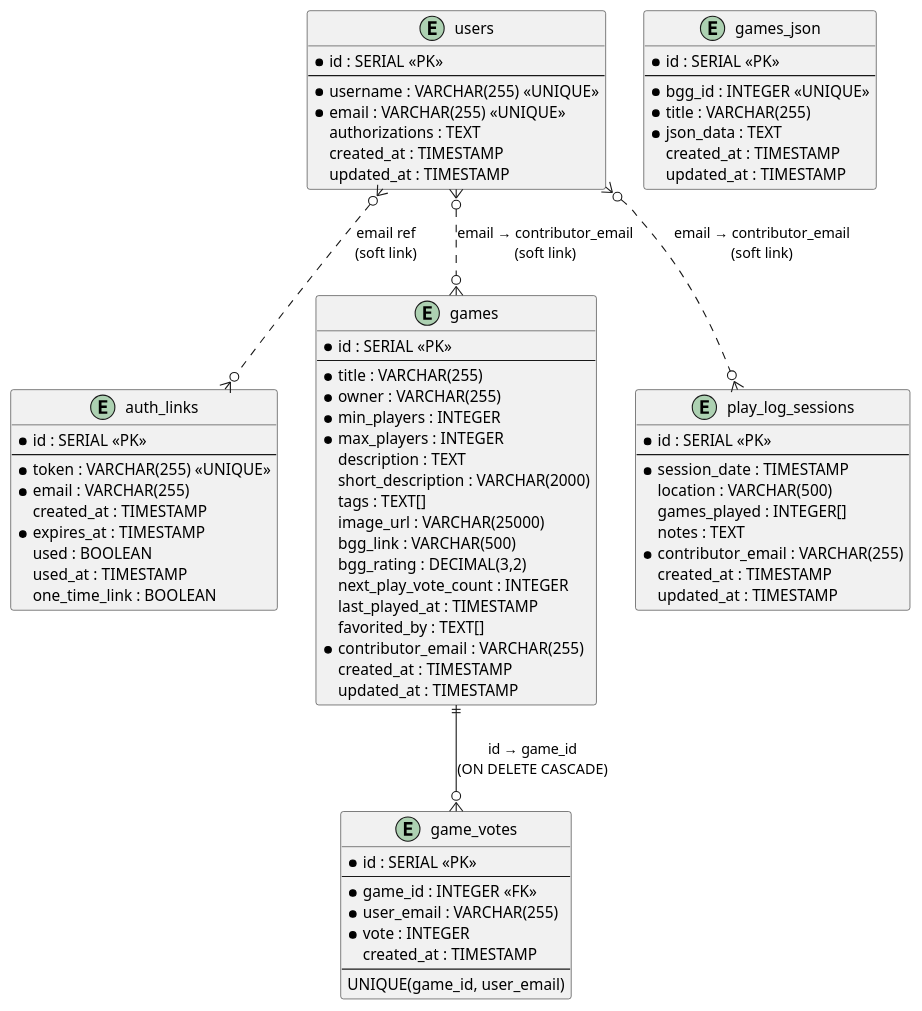
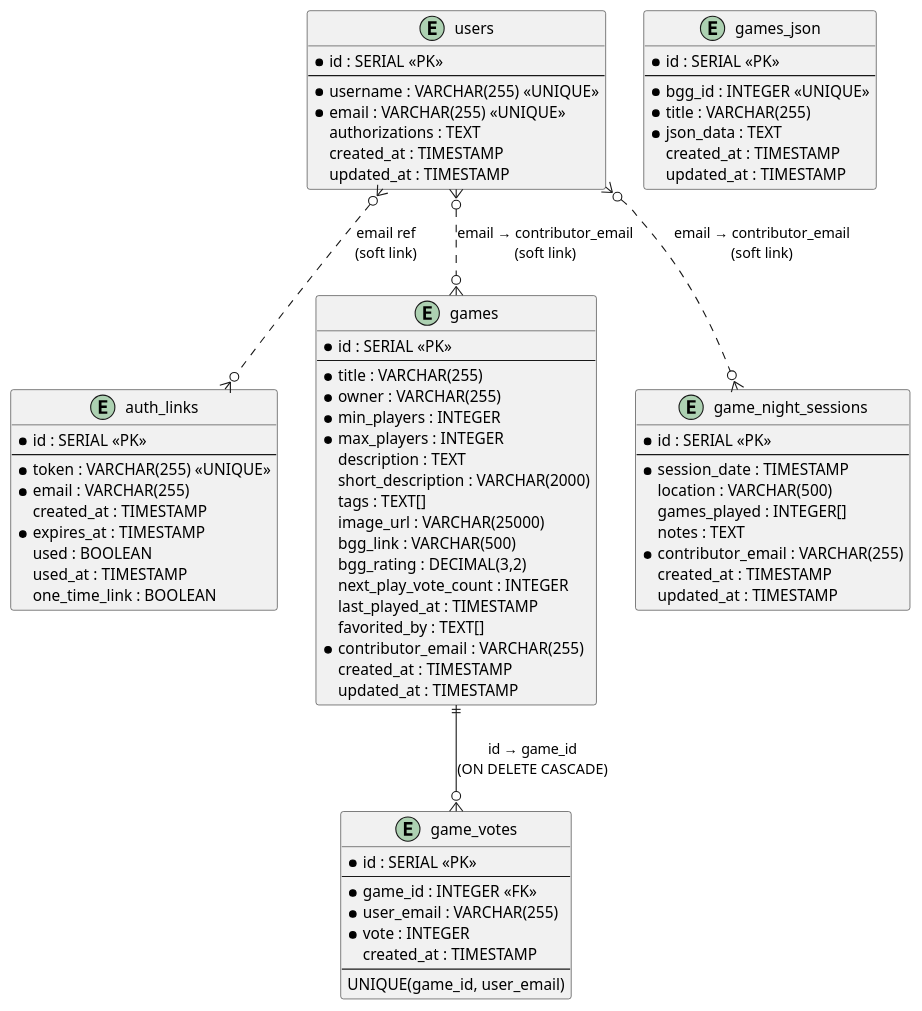
One commit to leshmark/gamegroup changed the sixth of 6 diagrams in Game Group Site.md. Above: the diagram before and after it, drawn with PlantUML. The commit also changed other lines of this file and 12 other files, not shown here.

Commit message:
Renamed Play Log to Game Night

````diff
--- a/Game Group Site.md
+++ b/Game Group Site.md
@@ -786,7 +786,7 @@
     updated_at : TIMESTAMP
 }
 
-entity "play_log_sessions" {
+entity "game_night_sessions" {
     * id : SERIAL <<PK>>
     --
     * session_date : TIMESTAMP
@@ -801,6 +801,6 @@
 games ||--o{ game_votes : "id → game_id\n(ON DELETE CASCADE)"
 users }o..o{ auth_links : "email ref\n(soft link)"
 users }o..o{ games : "email → contributor_email\n(soft link)"
-users }o..o{ play_log_sessions : "email → contributor_email\n(soft link)"
+users }o..o{ game_night_sessions : "email → contributor_email\n(soft link)"
 @enduml
 ```
````
